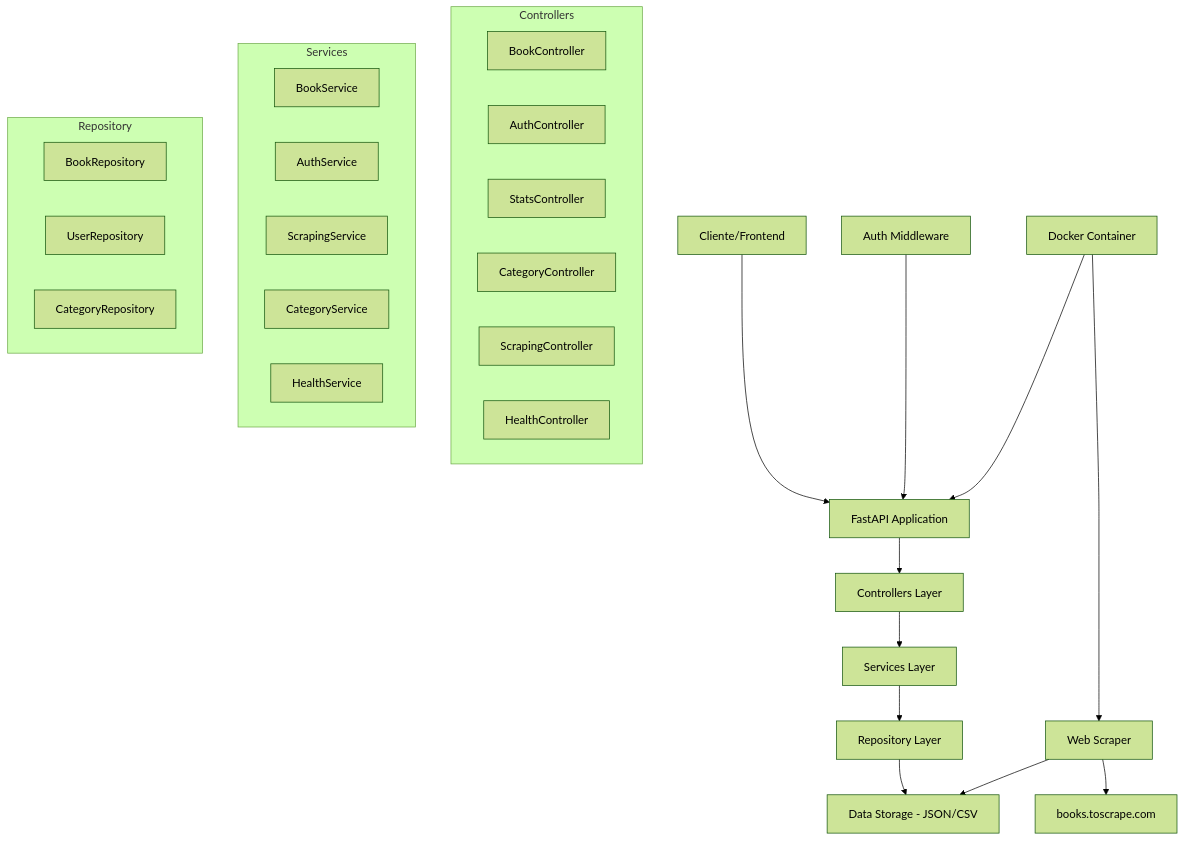
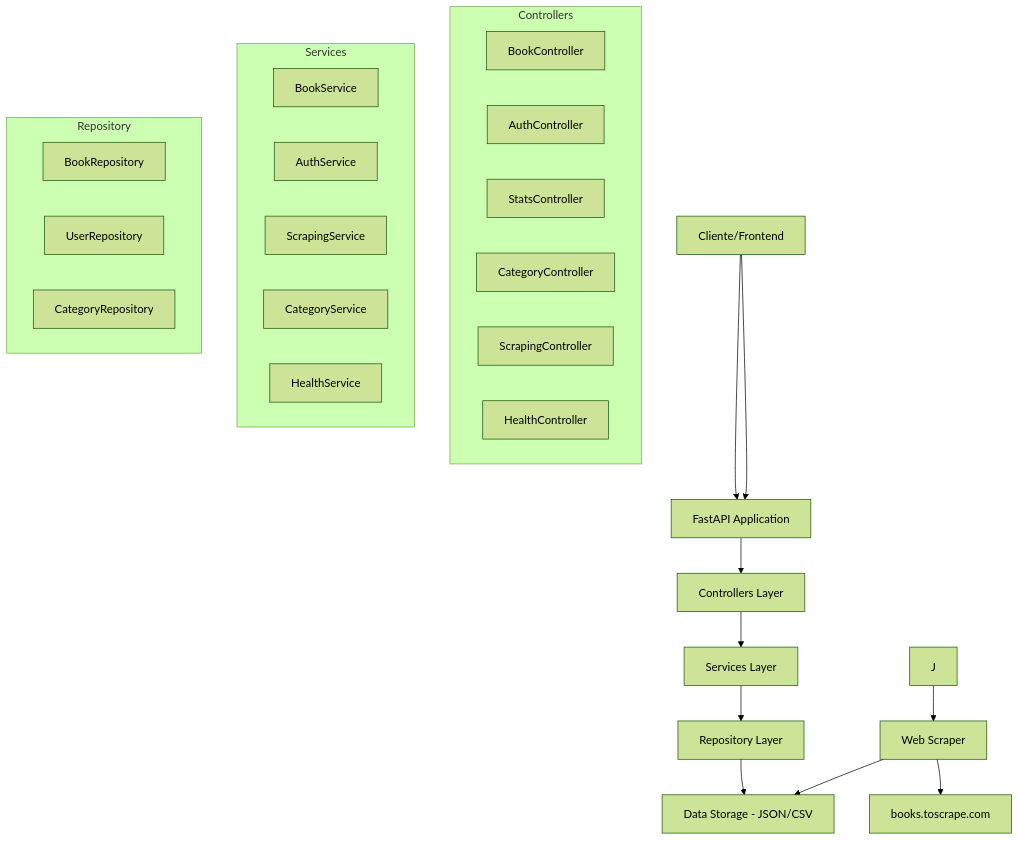
Before and after one commit to Johnz1n/modulo_1: the first of 3 diagrams in README.md, drawn with Mermaid (forest theme).

Commit message:
chore: update diagram

````diff
--- a/README.md
+++ b/README.md
@@ -15,38 +15,37 @@
 ```mermaid
 graph TB
     A[Cliente/Frontend] --> B[FastAPI Application]
     B --> C[Controllers Layer]
     C --> D[Services Layer]
     D --> E[Repository Layer]
     E --> F[Data Storage - JSON/CSV]
     
     G[Web Scraper] --> H[books.toscrape.com]
     G --> F
     
-    I[Auth Middleware] --> B
-    J[Docker Container] --> B
+    A --> B
     J --> G
     
     subgraph "Controllers"
         C1[BookController]
         C2[AuthController]
         C3[StatsController]
         C4[CategoryController]
         C5[ScrapingController]
         C6[HealthController]
     end
     
     subgraph "Services"
         S1[BookService]
         S2[AuthService]
         S3[ScrapingService]
         S4[CategoryService]
         S5[HealthService]
     end
     
     subgraph "Repository"
         R1[BookRepository]
         R2[UserRepository]
         R3[CategoryRepository]
     end
 ```
````
